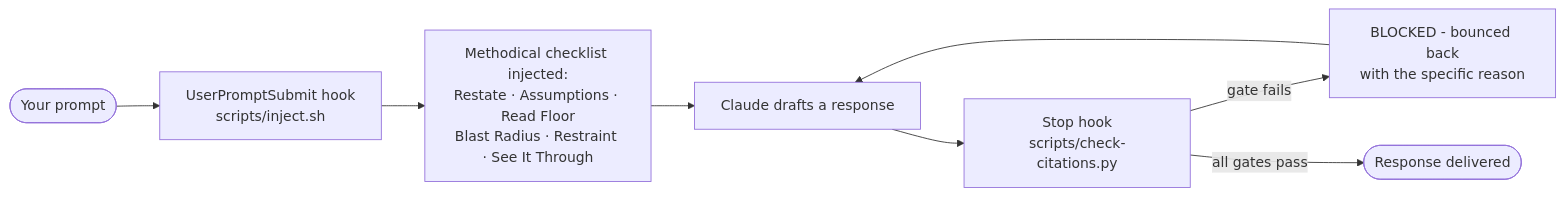
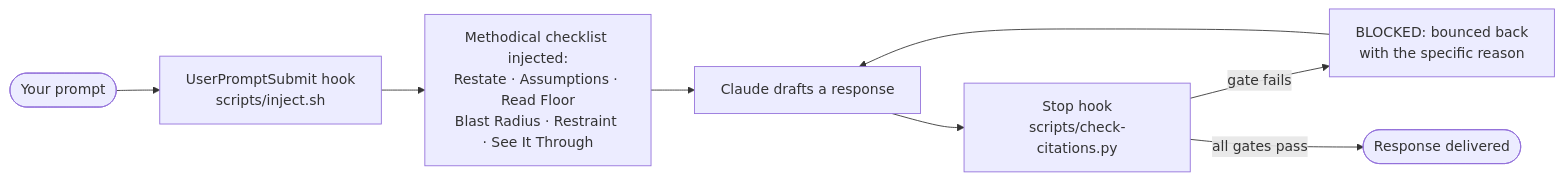
One commit to gshepptech/the-tavern changed the diagram in plugins/warden/README.md. Above: the diagram before and after it, drawn with Mermaid. The commit also changed other lines of this file, not shown here.

````diff
--- a/plugins/warden/README.md
+++ b/plugins/warden/README.md
@@ -33,10 +55,10 @@
 ```mermaid
 flowchart LR
     user([Your prompt]) --> up["UserPromptSubmit hook<br/>scripts/inject.sh"]
     up --> preamble["Methodical checklist injected:<br/>Restate · Assumptions · Read Floor<br/>Blast Radius · Restraint · See It Through"]
     preamble --> claude[Claude drafts a response]
     claude --> stop["Stop hook<br/>scripts/check-citations.py"]
-    stop -->|gate fails| block["BLOCKED - bounced back<br/>with the specific reason"]
+    stop -->|gate fails| block["BLOCKED: bounced back<br/>with the specific reason"]
     block --> claude
     stop -->|all gates pass| out([Response delivered])
 ```
````
